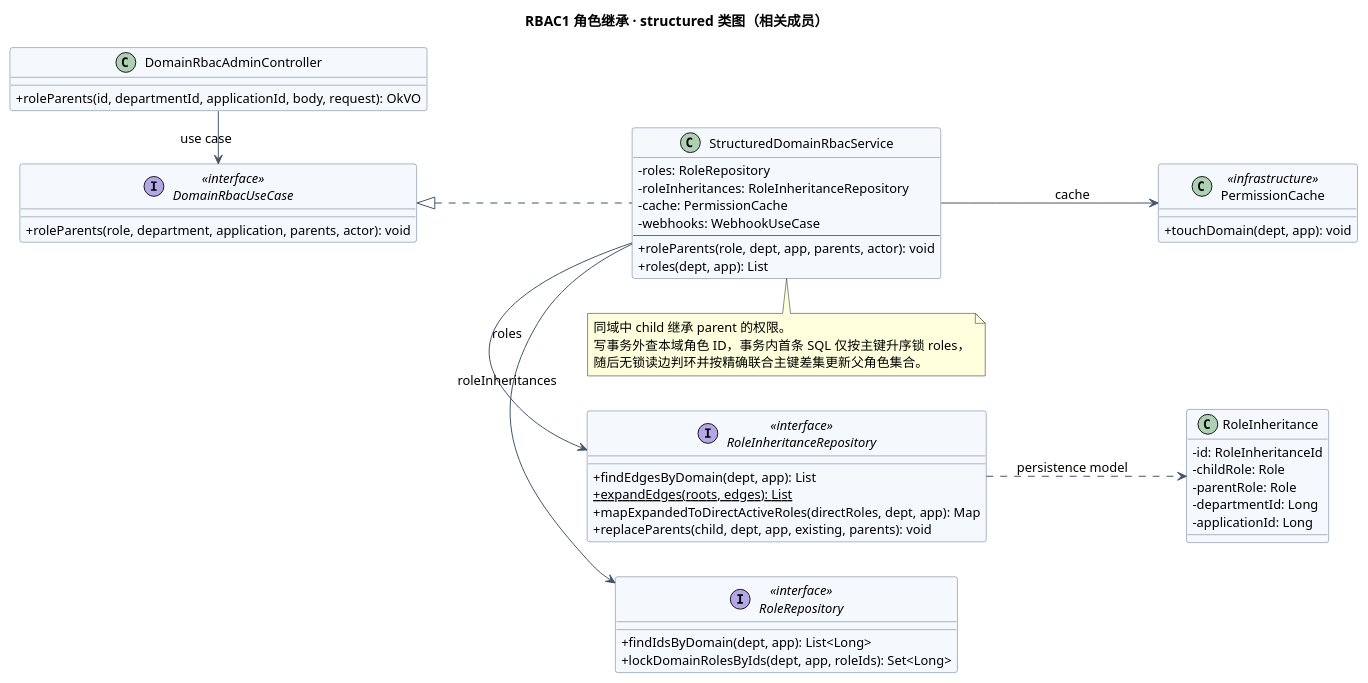
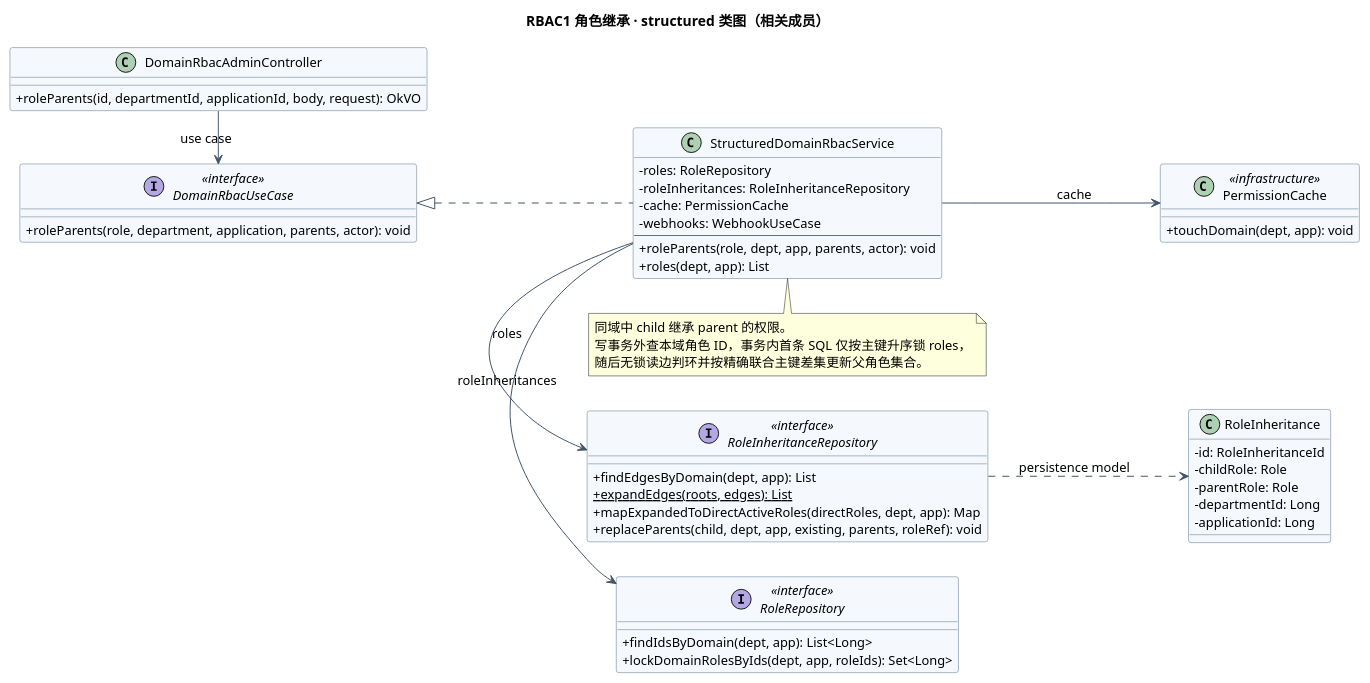
Before and after one commit to JiuQi79-BOT/MelonHub: the diagram in doc/uml/role-hierarchy-class.puml, drawn with PlantUML. The commit also changed 15 other files, not shown here.

Commit message:
docs(architecture): sync docs and UML diagrams to pure Spring Data JPA

```diff
--- a/doc/uml/role-hierarchy-class.puml
+++ b/doc/uml/role-hierarchy-class.puml
@@ -1,63 +1,63 @@
 @startuml
 skinparam shadowing false
 skinparam defaultFontName Microsoft YaHei
 skinparam defaultFontSize 13
 skinparam classAttributeIconSize 0
 skinparam backgroundColor white
 skinparam ArrowColor #41546B
 skinparam classBackgroundColor #F5F8FC
 skinparam classBorderColor #59708C
 skinparam sequenceParticipantBackgroundColor #EEF3F9
 skinparam sequenceParticipantBorderColor #59708C
 skinparam sequenceGroupBackgroundColor transparent
 skinparam sequenceMessageAlign left
 hide footbox
 title RBAC1 角色继承 · structured 类图（相关成员）
 left to right direction
 class "DomainRbacAdminController" as C {
  + roleParents(id, departmentId, applicationId, body, request): OkVO
 }
 interface "DomainRbacUseCase" as U <<interface>> {
  + roleParents(role, department, application, parents, actor): void
 }
 class "StructuredDomainRbacService" as S {
  - roles: RoleRepository
  - roleInheritances: RoleInheritanceRepository
  - cache: PermissionCache
  - webhooks: WebhookUseCase
  --
  + roleParents(role, dept, app, parents, actor): void
  + roles(dept, app): List
 }
 interface "RoleRepository" as RR <<interface>> {
  + findIdsByDomain(dept, app): List<Long>
  + lockDomainRolesByIds(dept, app, roleIds): Set<Long>
 }
 interface "RoleInheritanceRepository" as RIR <<interface>> {
  + findEdgesByDomain(dept, app): List
  + {static} expandEdges(roots, edges): List
  + mapExpandedToDirectActiveRoles(directRoles, dept, app): Map
- + replaceParents(child, dept, app, existing, parents): void
+ + replaceParents(child, dept, app, existing, parents, roleRef): void
 }
 class "RoleInheritance" as RI {
  - id: RoleInheritanceId
  - childRole: Role
  - parentRole: Role
  - departmentId: Long
  - applicationId: Long
 }
 class "PermissionCache" as Cache <<infrastructure>> {
  + touchDomain(dept, app): void
 }
 C -right-> U : use case
 S .up.|> U
 S -right-> RR : roles
 S -right-> RIR : roleInheritances
 S -down-> Cache : cache
 RIR .down.> RI : persistence model
 note bottom of S
 同域中 child 继承 parent 的权限。
 写事务外查本域角色 ID，事务内首条 SQL 仅按主键升序锁 roles，
 随后无锁读边判环并按精确联合主键差集更新父角色集合。
 end note
 @enduml
```
